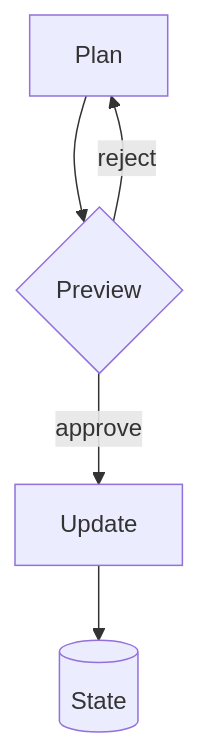
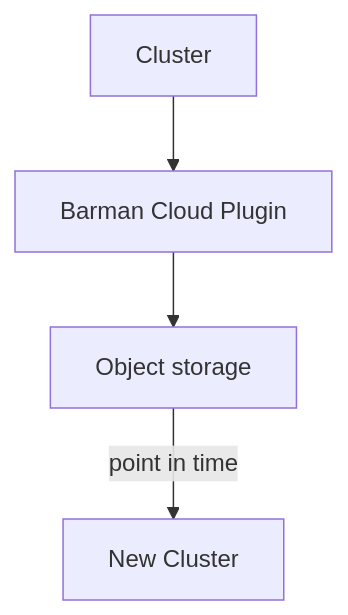
The fourth of 5 diagrams in postgresql-on-kubernetes-cloudnativepg/slides/slides.md (pulumi/workshops), drawn with Mermaid before and after one commit. The commit also changed other lines of this file and 2 other files, not shown here.

````diff
--- a/postgresql-on-kubernetes-cloudnativepg/slides/slides.md
+++ b/postgresql-on-kubernetes-cloudnativepg/slides/slides.md
@@ -154,7 +417,6 @@
-```mermaid {scale: 0.85}
+```mermaid {scale: 0.8}
 flowchart TB
-  A[Plan] --> B{Preview}
-  B -->|approve| C[Update]
-  B -->|reject| A
-  C --> D[(State)]
+    C[Cluster] --> B[Barman Cloud Plugin]
+    B --> S[Object storage]
+    S -->|point in time| N[New Cluster]
 ```
````
